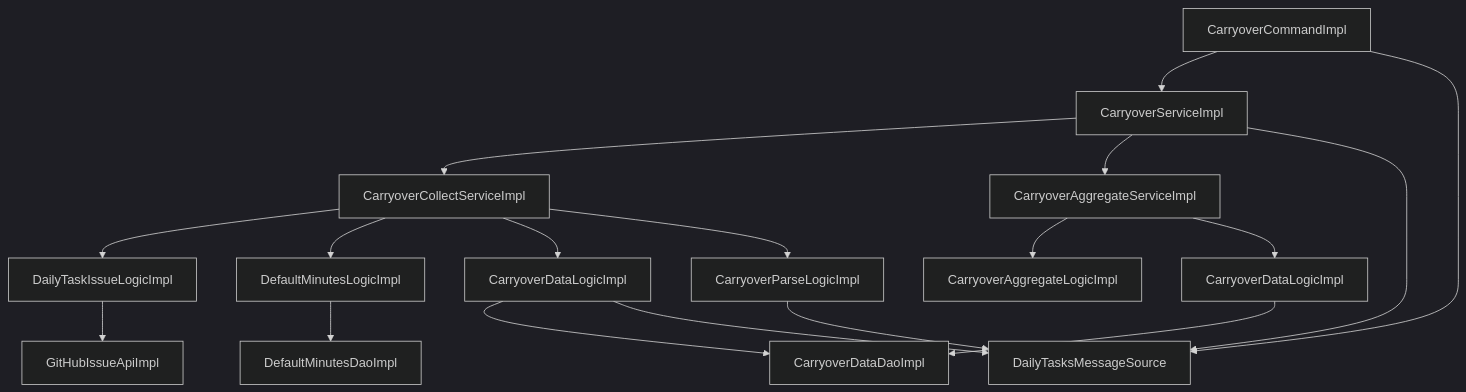
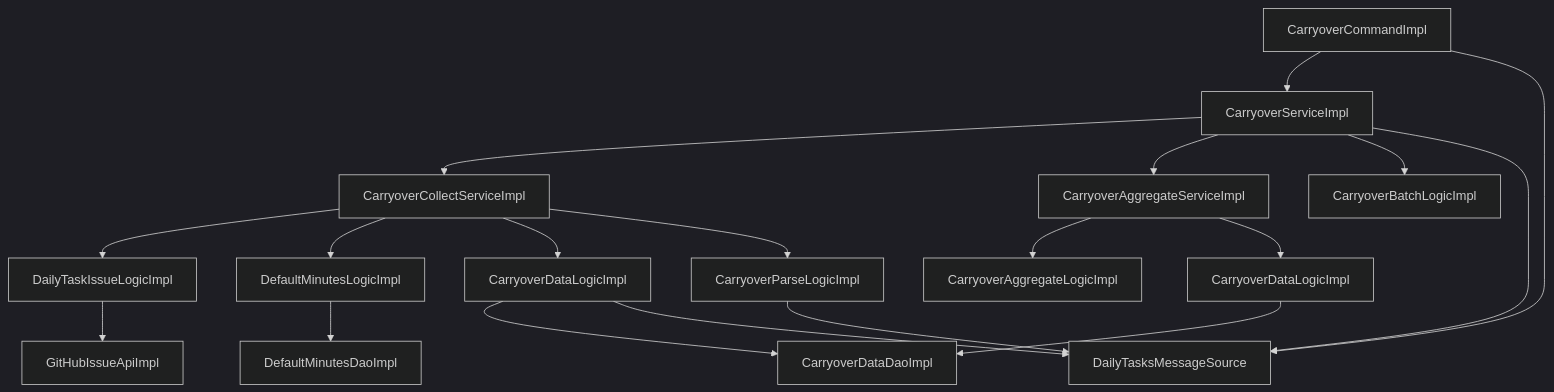
One commit to KenichiroArai/kb002_daily-tasks_doc changed the first of 3 diagrams in docs/design/backend/04-modules.md. Above: the diagram before and after it, drawn with Mermaid (dark theme). The commit also changed other lines of this file and 3 other files, not shown here.

First line of the commit message:
#3 索引の単位分割を CarryoverBatchLogic に切り出した設計へ合わせる

````diff
--- a/docs/design/backend/04-modules.md
+++ b/docs/design/backend/04-modules.md
@@ -34,20 +34,21 @@
 ```mermaid
 flowchart TB
   command["CarryoverCommandImpl"] --> service["CarryoverServiceImpl"]
   service --> collectService["CarryoverCollectServiceImpl"]
   service --> aggregateService["CarryoverAggregateServiceImpl"]
+  service --> batchLogic["CarryoverBatchLogicImpl"]
   collectService --> issueLogic["DailyTaskIssueLogicImpl"]
   collectService --> minutesLogic["DefaultMinutesLogicImpl"]
   collectService --> dataLogic["CarryoverDataLogicImpl"]
   collectService --> parseLogic["CarryoverParseLogicImpl"]
   aggregateService --> aggregateLogic["CarryoverAggregateLogicImpl"]
   aggregateService --> summaryData["CarryoverDataLogicImpl"]
   issueLogic --> github["GitHubIssueApiImpl"]
   minutesLogic --> minutesDao["DefaultMinutesDaoImpl"]
   dataLogic --> dataDao["CarryoverDataDaoImpl"]
   summaryData --> dataDao
   dataLogic --> message["DailyTasksMessageSource"]
   parseLogic --> message
   service --> message
   command --> message
 ```
````
